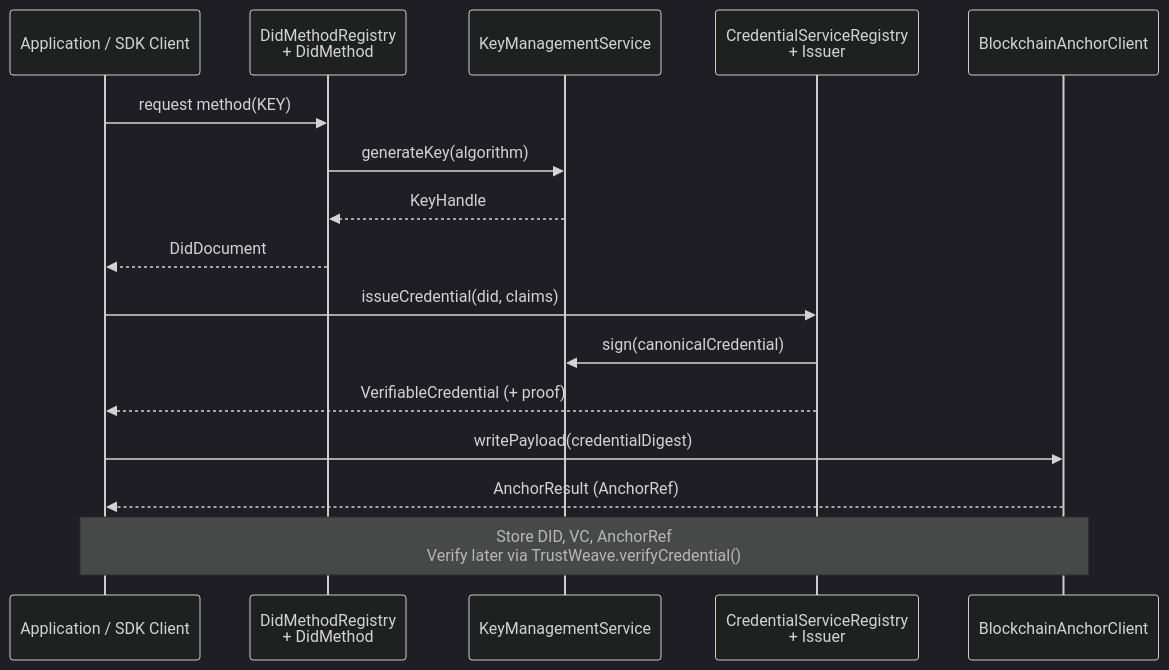
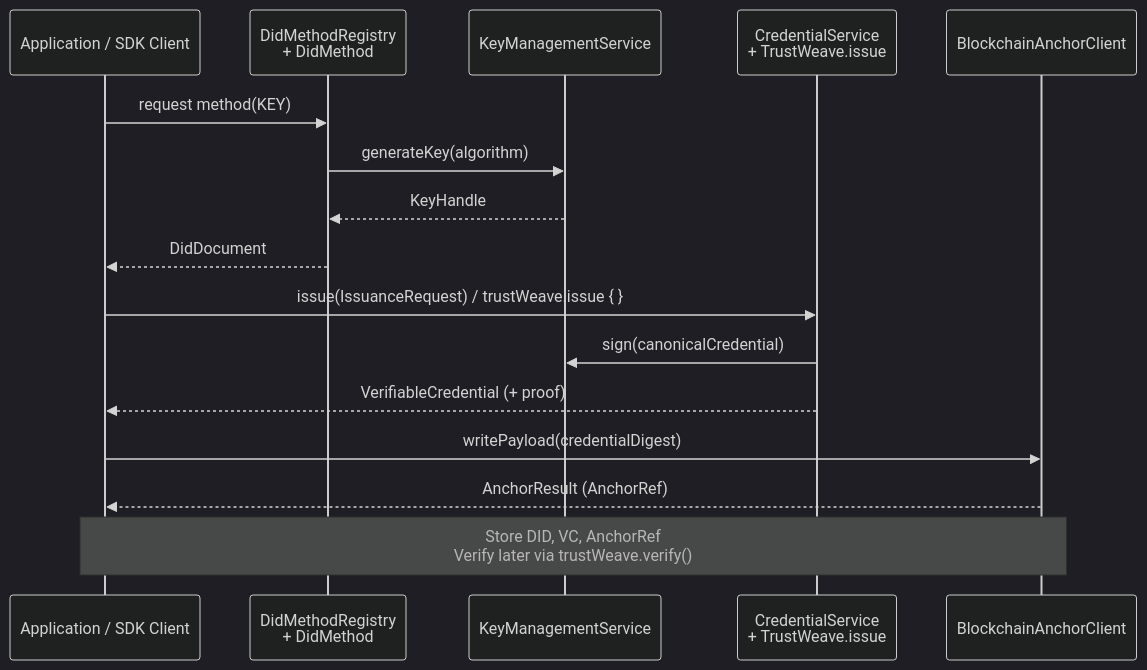
The second of 2 diagrams in docs/introduction/architecture-overview.md (geoknoesis/trustweave), drawn with Mermaid (dark theme) before and after one commit. The commit also changed other lines of this file and 932 other files, not shown here.

````diff
--- a/docs/introduction/architecture-overview.md
+++ b/docs/introduction/architecture-overview.md
@@ -191,19 +201,19 @@
 ```mermaid
 sequenceDiagram
     participant App as Application / SDK Client
     participant DID as DidMethodRegistry<br/>+ DidMethod
     participant KMS as KeyManagementService
-    participant VC as CredentialServiceRegistry<br/>+ Issuer
+    participant VC as CredentialService<br/>+ TrustWeave.issue
     participant Anchor as BlockchainAnchorClient
 
     App->>DID: request method(KEY)
     DID->>KMS: generateKey(algorithm)
     KMS-->>DID: KeyHandle
     DID-->>App: DidDocument
-    App->>VC: issueCredential(did, claims)
+    App->>VC: issue(IssuanceRequest) / trustWeave.issue { }
     VC->>KMS: sign(canonicalCredential)
     VC-->>App: VerifiableCredential (+ proof)
     App->>Anchor: writePayload(credentialDigest)
     Anchor-->>App: AnchorResult (AnchorRef)
-    note over App,Anchor: Store DID, VC, AnchorRef<br/>Verify later via TrustWeave.verifyCredential()
+    note over App,Anchor: Store DID, VC, AnchorRef<br/>Verify later via trustWeave.verify()
 ```
````
